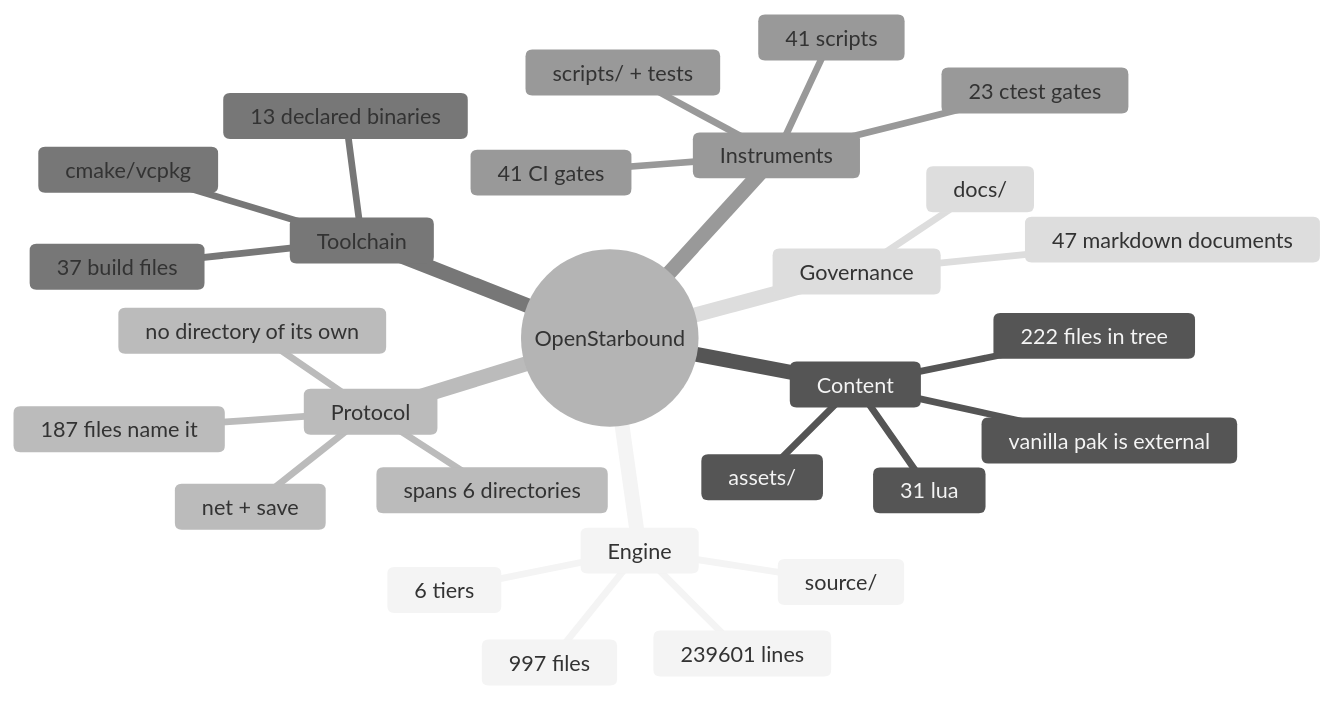
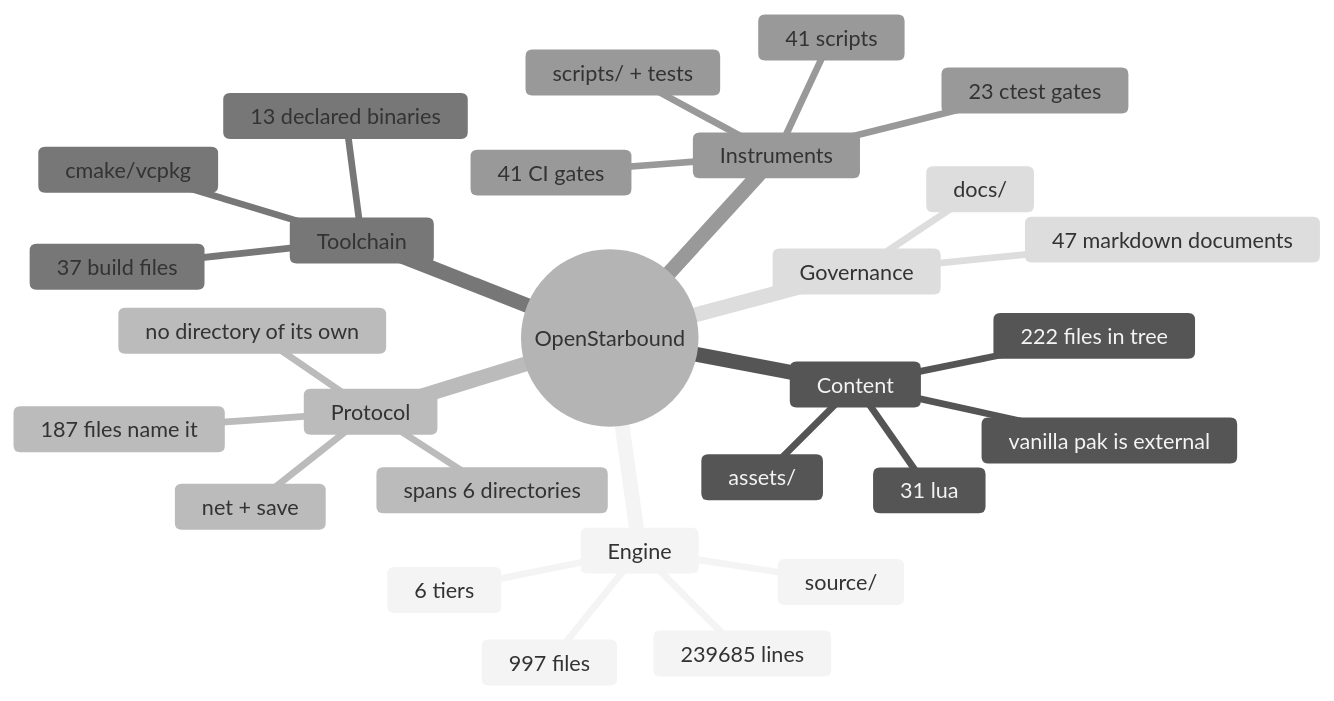
The second of 11 diagrams in docs/architecture/system-boundaries.md (apnex/OpenStarbound), drawn with Mermaid (neutral theme) before and after one commit. The commit also changed other lines of this file and 10 other files, not shown here.

````diff
--- a/docs/architecture/system-boundaries.md
+++ b/docs/architecture/system-boundaries.md
@@ -166,31 +166,31 @@
 ```mermaid
 mindmap
   root((OpenStarbound))
     Engine
       source/
       997 files
-      239601 lines
+      239685 lines
       6 tiers
     Content
       assets/
       222 files in tree
       31 lua
       vanilla pak is external
     Protocol
       net + save
       187 files name it
       spans 6 directories
       no directory of its own
     Toolchain
       cmake/vcpkg
       37 build files
       13 declared binaries
     Instruments
       scripts/ + tests
       41 scripts
       23 ctest gates
       41 CI gates
     Governance
       docs/
       47 markdown documents
 ```
````
